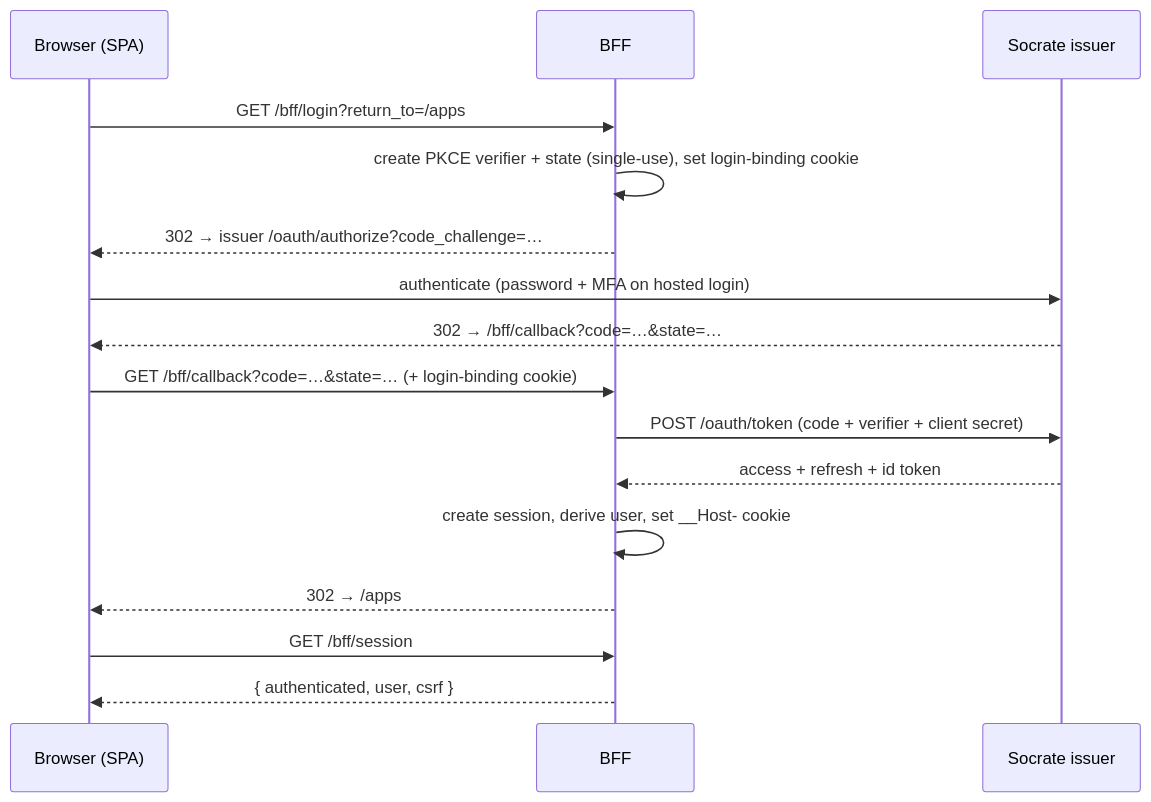
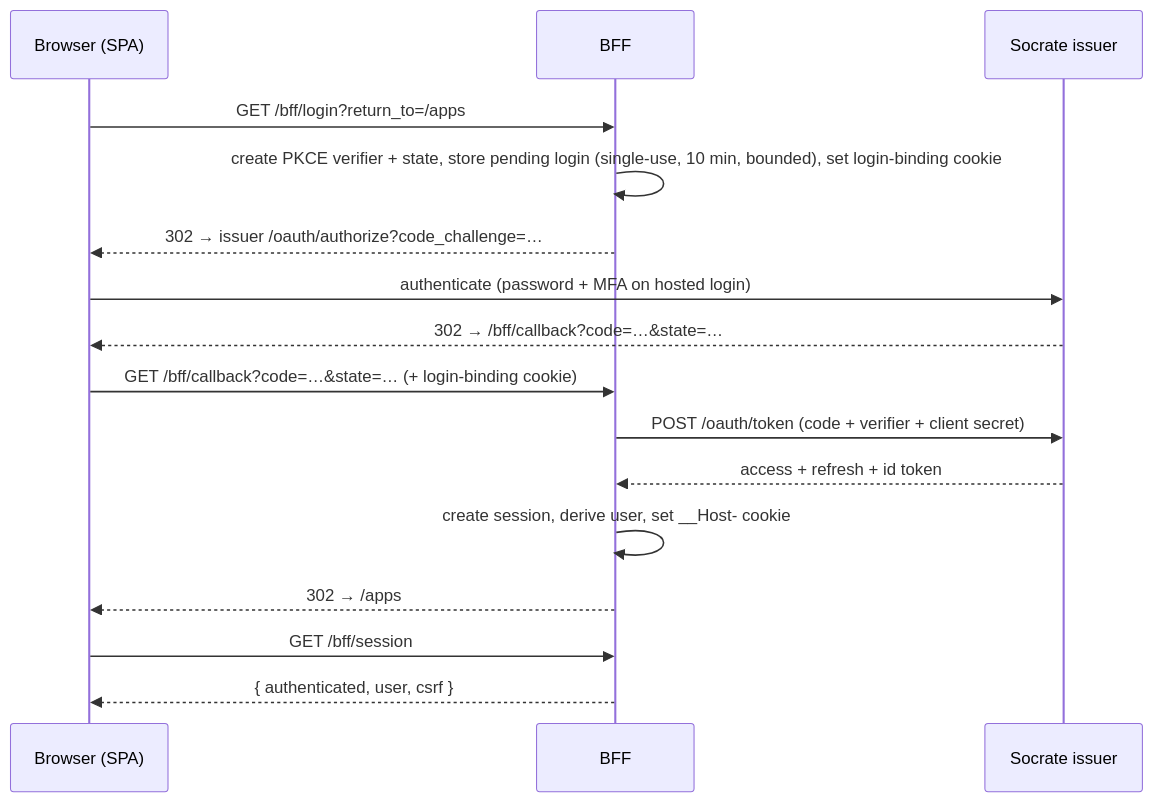
One commit to ovander/oauth2-admin changed the first of 2 diagrams in docs/architecture.md. Above: the diagram before and after it, drawn with Mermaid. The commit also changed 9 other files, not shown here.

First line of the commit message:
chore(bff): upgrade backendkit to v1.25.0 and use bff.PendingLoginStore

````diff
--- a/docs/architecture.md
+++ b/docs/architecture.md
@@ -80,18 +80,18 @@
 ```mermaid
 sequenceDiagram
     participant B as Browser (SPA)
     participant F as BFF
     participant S as Socrate issuer
     B->>F: GET /bff/login?return_to=/apps
-    F->>F: create PKCE verifier + state (single-use), set login-binding cookie
+    F->>F: create PKCE verifier + state, store pending login (single-use, 10 min, bounded), set login-binding cookie
     F-->>B: 302 → issuer /oauth/authorize?code_challenge=…
     B->>S: authenticate (password + MFA on hosted login)
     S-->>B: 302 → /bff/callback?code=…&state=…
     B->>F: GET /bff/callback?code=…&state=… (+ login-binding cookie)
     F->>S: POST /oauth/token (code + verifier + client secret)
     S-->>F: access + refresh + id token
     F->>F: create session, derive user, set __Host- cookie
     F-->>B: 302 → /apps
     B->>F: GET /bff/session
     F-->>B: { authenticated, user, csrf }
 ```
````
